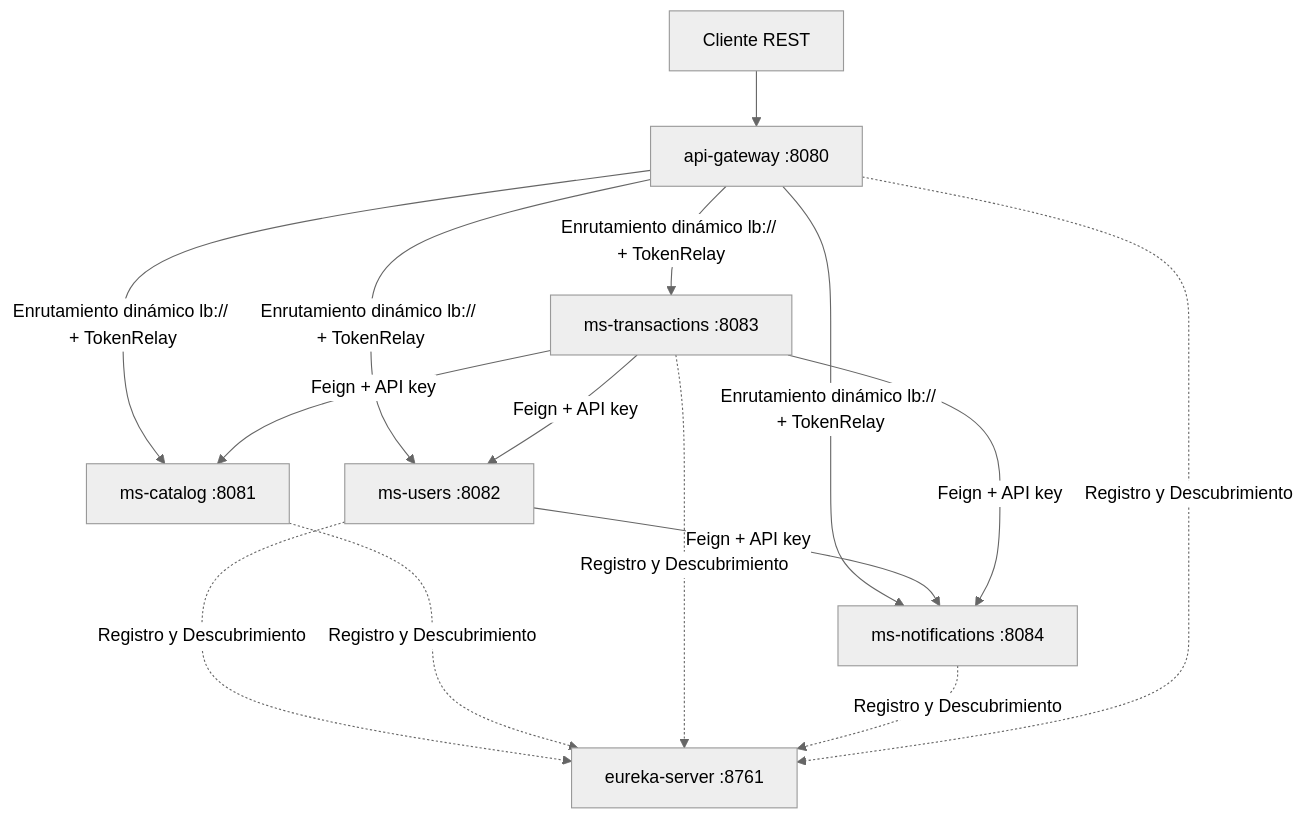
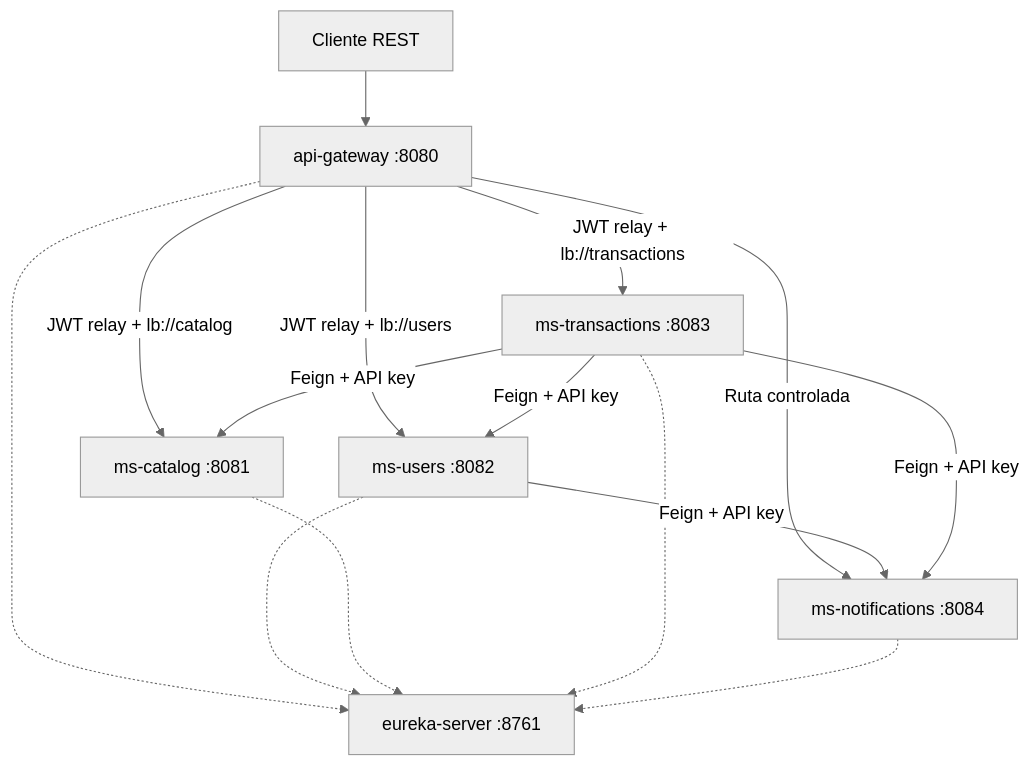
Before and after one commit to Sebastianidm/blockbuster-microservices: the diagram in README.md, drawn with Mermaid (neutral theme). The commit also changed other lines of this file and 50 other files, not shown here.

````diff
--- a/README.md
+++ b/README.md
@@ -30,19 +34,20 @@
 ```mermaid
 flowchart TD
     Client["Cliente REST"] --> Gateway["api-gateway :8080"]
-    Gateway -->|Enrutamiento dinámico lb:// + TokenRelay| Users["ms-users :8082"]
-    Gateway -->|Enrutamiento dinámico lb:// + TokenRelay| Catalog["ms-catalog :8081"]
-    Gateway -->|Enrutamiento dinámico lb:// + TokenRelay| Transactions["ms-transactions :8083"]
-    Gateway -->|Enrutamiento dinámico lb:// + TokenRelay| Notifications["ms-notifications :8084"]
 
-    Users -.->|Registro y Descubrimiento| Eureka["eureka-server :8761"]
-    Catalog -.->|Registro y Descubrimiento| Eureka
-    Transactions -.->|Registro y Descubrimiento| Eureka
-    Notifications -.->|Registro y Descubrimiento| Eureka
-    Gateway -.->|Registro y Descubrimiento| Eureka
+    Gateway -->|JWT relay + lb://users| Users["ms-users :8082"]
+    Gateway -->|JWT relay + lb://catalog| Catalog["ms-catalog :8081"]
+    Gateway -->|JWT relay + lb://transactions| Transactions["ms-transactions :8083"]
+    Gateway -->|Ruta controlada| Notifications["ms-notifications :8084"]
+
+    Gateway -.-> Eureka["eureka-server :8761"]
+    Users -.-> Eureka
+    Catalog -.-> Eureka
+    Transactions -.-> Eureka
+    Notifications -.-> Eureka
 
     Users -->|Feign + API key| Notifications
     Transactions -->|Feign + API key| Users
     Transactions -->|Feign + API key| Catalog
     Transactions -->|Feign + API key| Notifications
 ```
````
